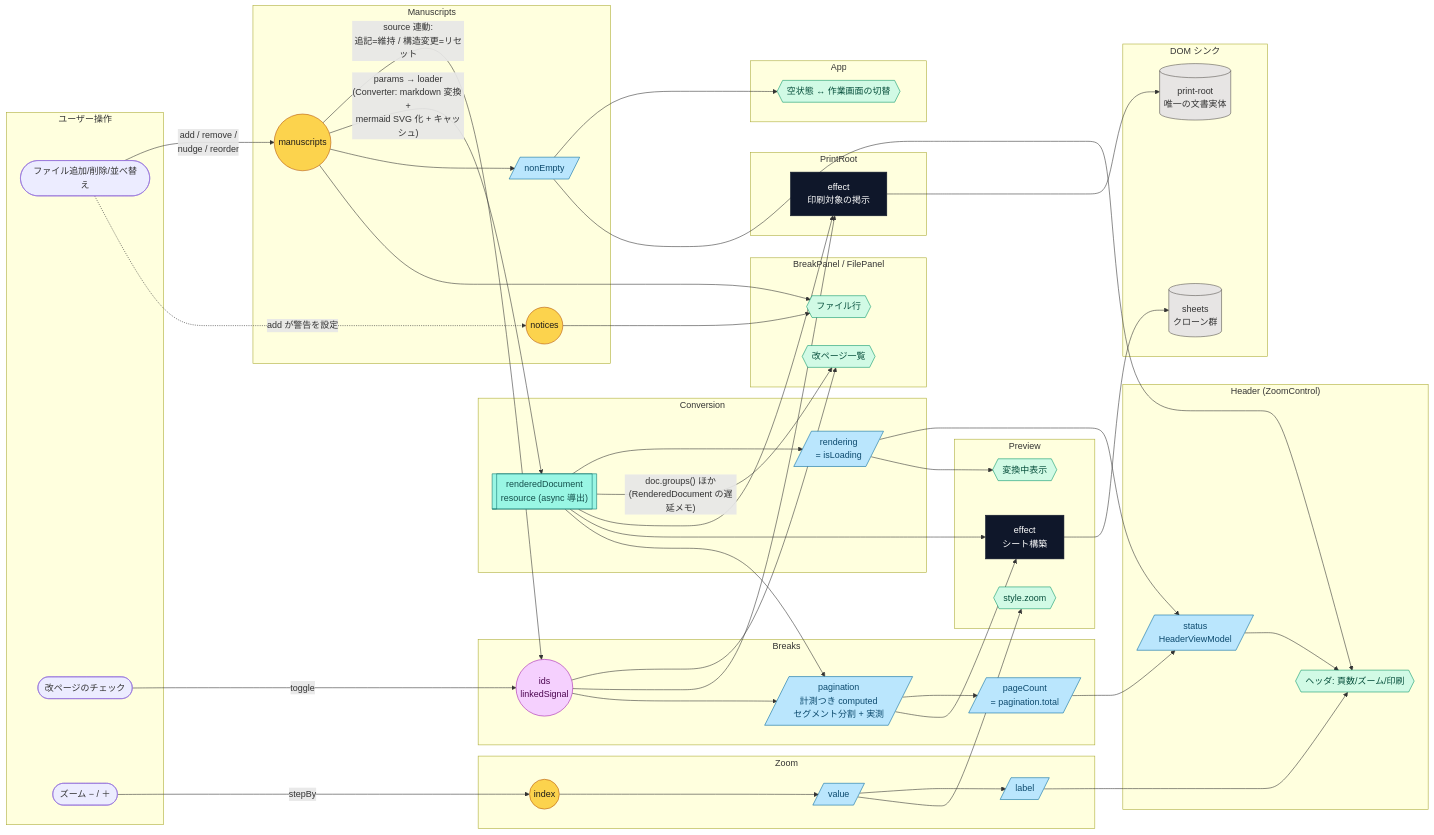
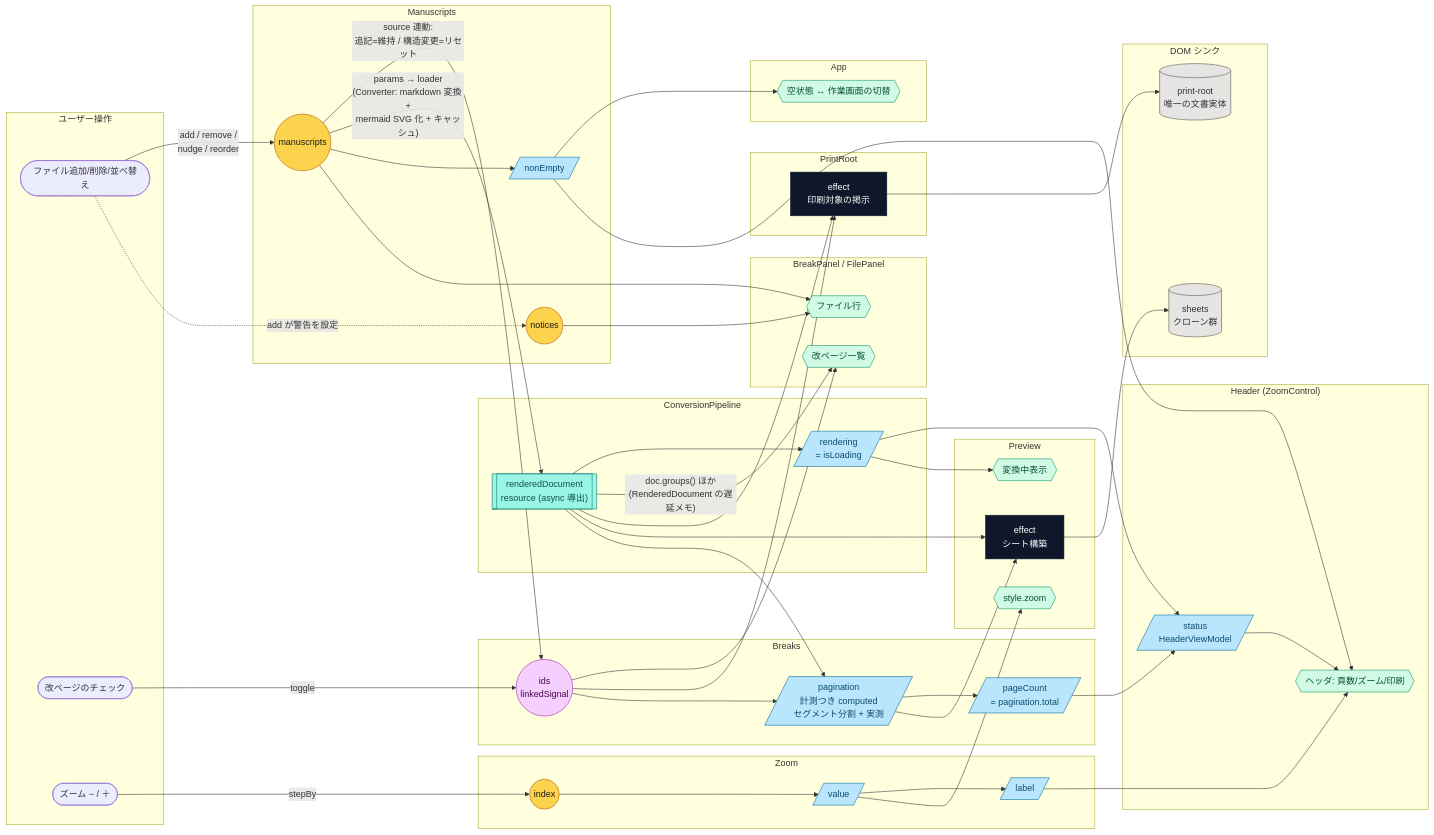
Before and after one commit to lacolaco/printmd: the diagram in docs/signal-graph.md, drawn with Mermaid. The commit also changed 11 other files, not shown here.

Commit message:
refactor: パイプラインの抽象であることを名前に出し ConversionPipeline に改名する

```diff
--- a/docs/signal-graph.md
+++ b/docs/signal-graph.md
@@ -29,7 +29,7 @@
     V2[/pageCount<br/>= pagination.total/]
   end
 
-  subgraph ConversionS["Conversion"]
+  subgraph ConversionS["ConversionPipeline"]
     S4[["renderedDocument<br/>resource (async 導出)"]]
     S3[/rendering<br/>= isLoading/]
   end
```
